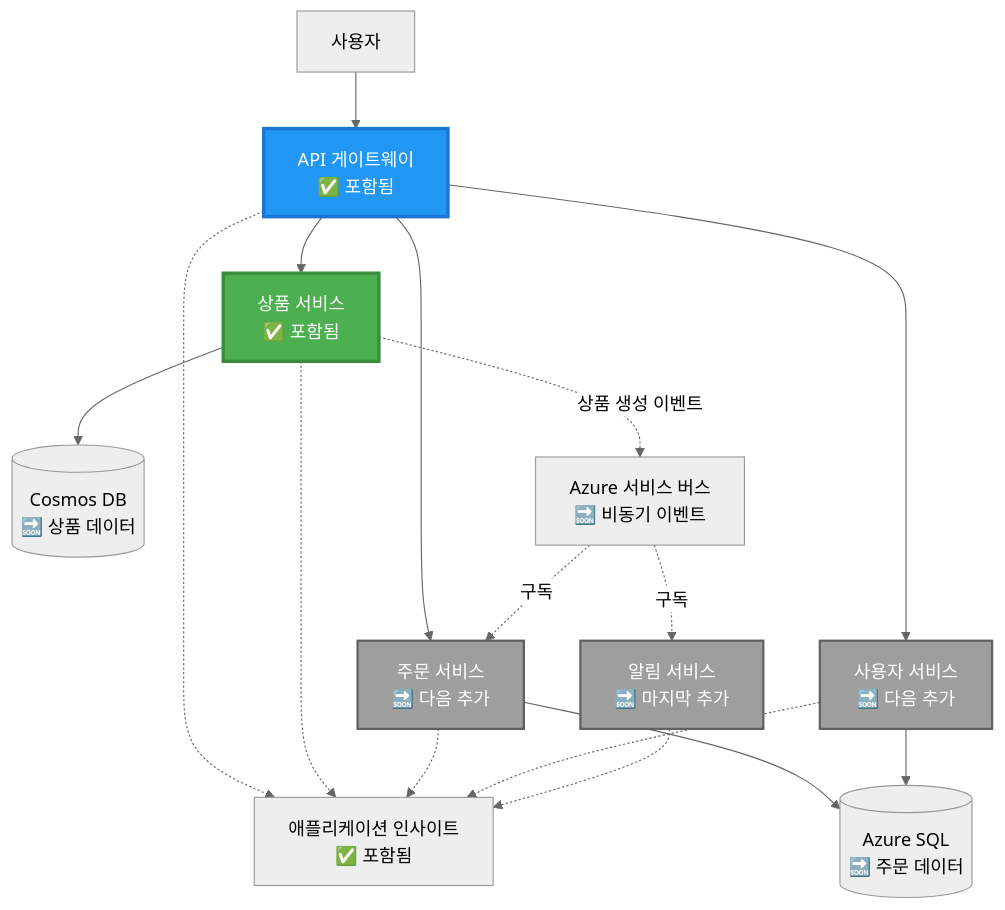
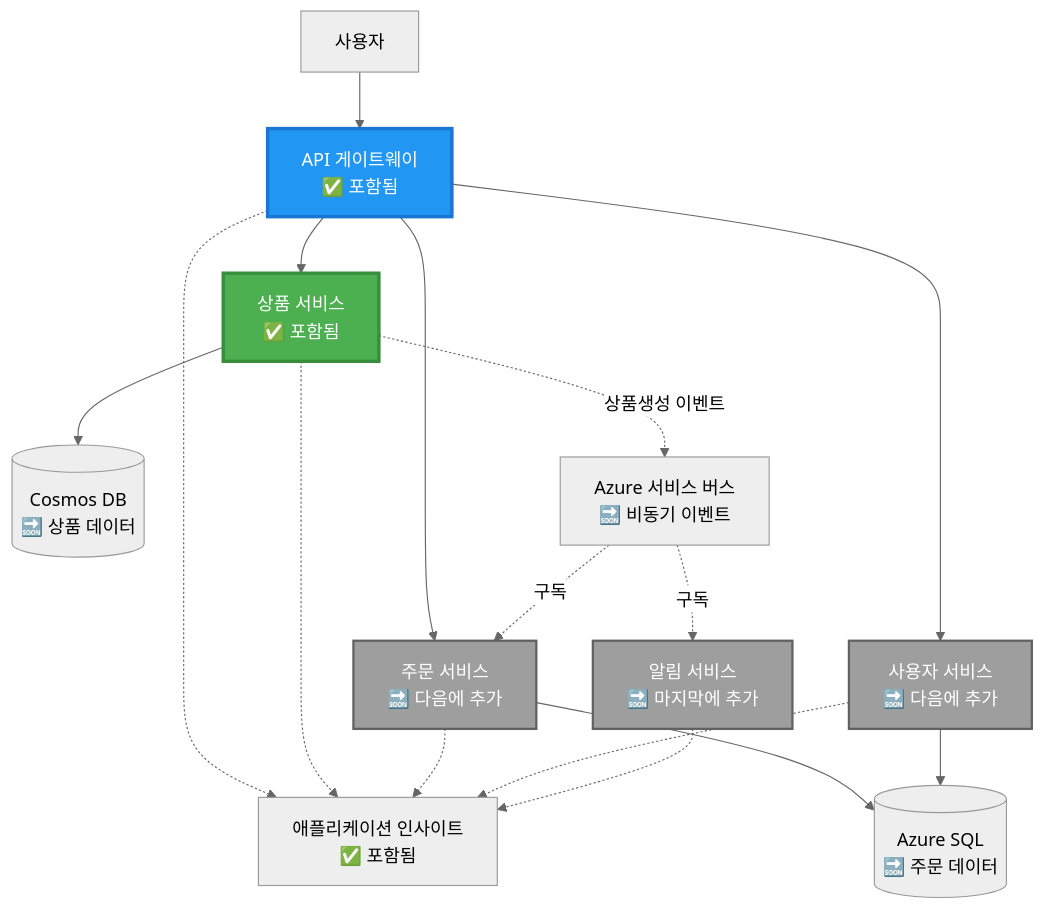
The second of 4 diagrams in translations/ko/examples/microservices/README.md (microsoft/AZD-for-beginners), drawn with Mermaid (neutral theme) before and after one commit. The commit also changed other lines of this file and 242 other files, not shown here.

````diff
--- a/translations/ko/examples/microservices/README.md
+++ b/translations/ko/examples/microservices/README.md
@@ -78,39 +69,39 @@
 ```mermaid
 graph TB
     User[사용자]
     Gateway[API 게이트웨이<br/>✅ 포함됨]
     Product[상품 서비스<br/>✅ 포함됨]
-    Order[주문 서비스<br/>🔜 다음 추가]
-    UserSvc[사용자 서비스<br/>🔜 다음 추가]
-    Notify[알림 서비스<br/>🔜 마지막 추가]
+    Order[주문 서비스<br/>🔜 다음에 추가]
+    UserSvc[사용자 서비스<br/>🔜 다음에 추가]
+    Notify[알림 서비스<br/>🔜 마지막에 추가]
     
     CosmosDB[(Cosmos DB<br/>🔜 상품 데이터)]
     AzureSQL[(Azure SQL<br/>🔜 주문 데이터)]
     ServiceBus[Azure 서비스 버스<br/>🔜 비동기 이벤트]
     AppInsights[애플리케이션 인사이트<br/>✅ 포함됨]
     
     User --> Gateway
     Gateway --> Product
     Gateway --> Order
     Gateway --> UserSvc
     
     Product --> CosmosDB
     Order --> AzureSQL
     UserSvc --> AzureSQL
     
-    Product -.->|상품 생성 이벤트| ServiceBus
+    Product -.->|상품생성 이벤트| ServiceBus
     ServiceBus -.->|구독| Notify
     ServiceBus -.->|구독| Order
     
     Gateway -.-> AppInsights
     Product -.-> AppInsights
     Order -.-> AppInsights
     UserSvc -.-> AppInsights
     Notify -.-> AppInsights
     
     style Product fill:#4CAF50,stroke:#388E3C,stroke-width:3px,color:#fff
     style Gateway fill:#2196F3,stroke:#1976D2,stroke-width:3px,color:#fff
     style Order fill:#9E9E9E,stroke:#616161,stroke-width:2px,color:#fff
     style UserSvc fill:#9E9E9E,stroke:#616161,stroke-width:2px,color:#fff
     style Notify fill:#9E9E9E,stroke:#616161,stroke-width:2px,color:#fff
 ```
````
